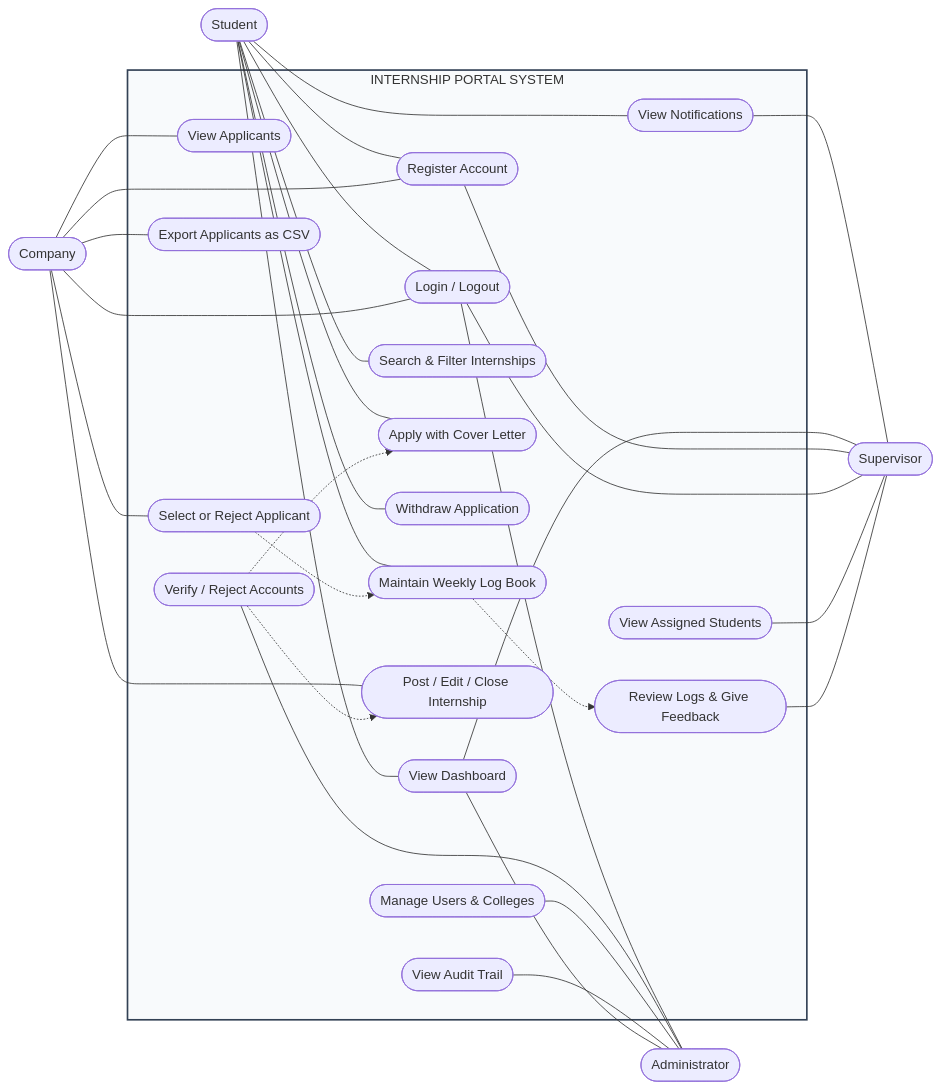
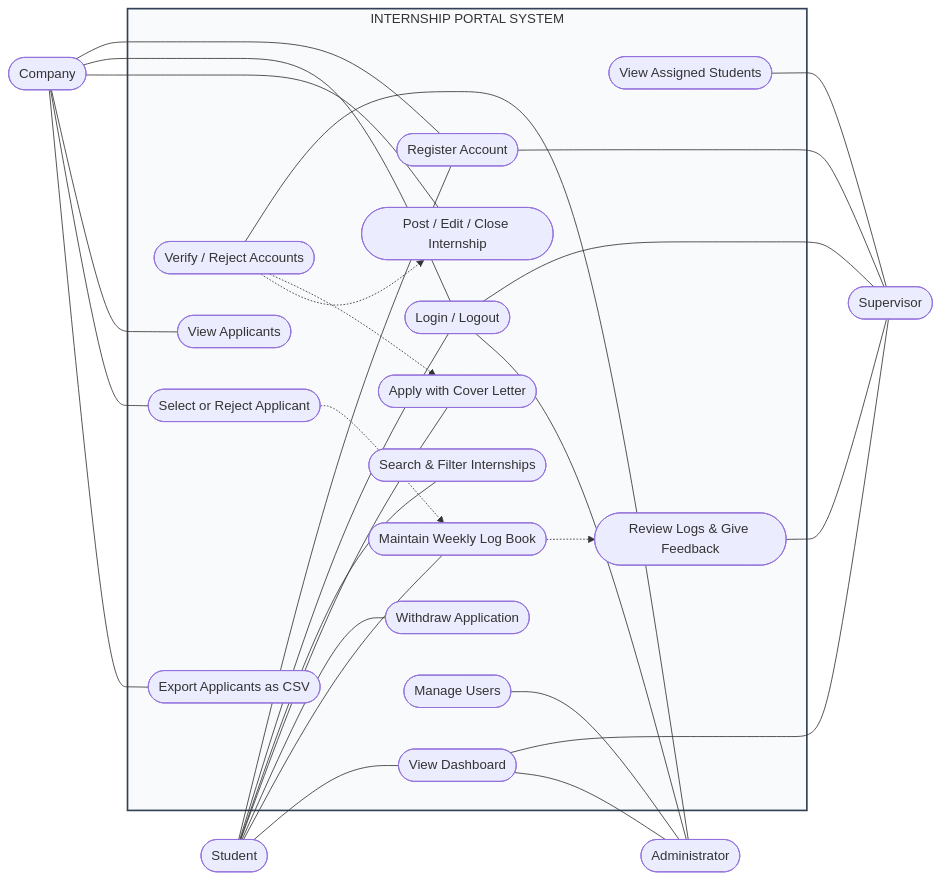
Before and after one commit to RamSinghKarki/Internship_Portal: the first of 9 diagrams in docs/Internship_Portal_Report.md, drawn with Mermaid. The commit also changed other lines of this file and 43 other files, not shown here.

First line of the commit message:
Rebuild every document around the 8-table schema

````diff
--- a/docs/Internship_Portal_Report.md
+++ b/docs/Internship_Portal_Report.md
@@ -686,63 +674,58 @@
 ```mermaid
 flowchart LR
     STU([Student])
     COM([Company])
     SUP([Supervisor])
     ADM([Administrator])
 
     subgraph SYSTEM["INTERNSHIP PORTAL SYSTEM"]
         UC1(["Register Account"])
         UC2(["Login / Logout"])
         UC17(["View Dashboard"])
-        UC16(["View Notifications"])
         UC3(["Search &amp; Filter Internships"])
         UC4(["Apply with Cover Letter"])
         UC5(["Withdraw Application"])
         UC6(["Maintain Weekly Log Book"])
         UC7(["Post / Edit / Close Internship"])
         UC8(["View Applicants"])
         UC9(["Select or Reject Applicant"])
         UC10(["Export Applicants as CSV"])
         UC11(["View Assigned Students"])
         UC12(["Review Logs &amp; Give Feedback"])
         UC13(["Verify / Reject Accounts"])
-        UC14(["Manage Users &amp; Colleges"])
-        UC15(["View Audit Trail"])
+        UC14(["Manage Users"])
     end
 
     STU --- UC1
     STU --- UC2
     STU --- UC3
     STU --- UC4
     STU --- UC5
     STU --- UC6
-    STU --- UC16
     STU --- UC17
 
     COM --- UC1
     COM --- UC2
     COM --- UC7
     COM --- UC8
     COM --- UC9
     COM --- UC10
 
-    UC16 --- SUP
     UC17 --- SUP
     UC1 --- SUP
     UC2 --- SUP
     UC11 --- SUP
     UC12 --- SUP
 
     UC2 --- ADM
     UC13 --- ADM
     UC14 --- ADM
-    UC15 --- ADM
     UC17 --- ADM
 
     UC13 -.-> UC4
     UC13 -.-> UC7
     UC9 -.-> UC6
     UC6 -.-> UC12
 
     style SYSTEM fill:#f8fafc,stroke:#334155,stroke-width:2px
 ```
````
